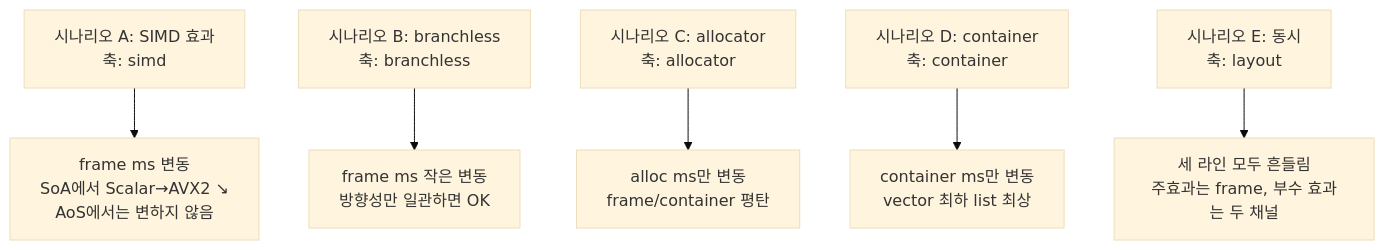
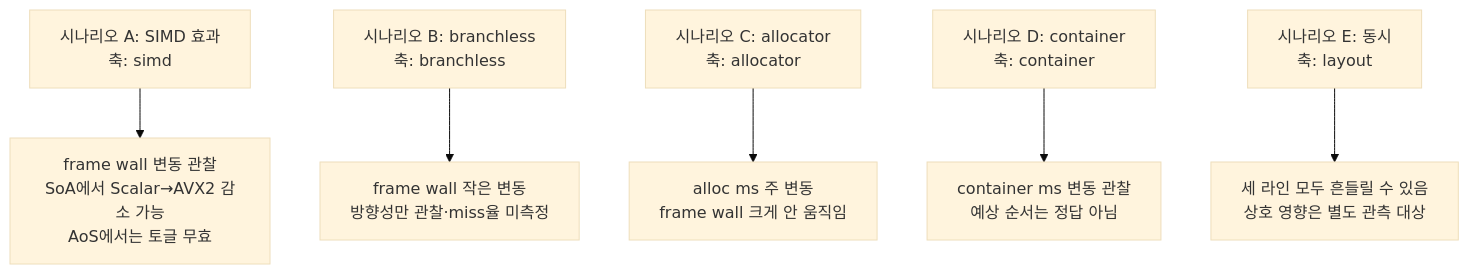
Before and after one commit to Rein-ArXiv/game-dev-curriculum: the second of 4 diagrams in projects/mini/parts_perf_lab/articles/step08_visualization.md, drawn with Mermaid (base theme). The commit also changed other lines of this file and 279 other files, not shown here.

````diff
--- a/projects/mini/parts_perf_lab/articles/step08_visualization.md
+++ b/projects/mini/parts_perf_lab/articles/step08_visualization.md
@@ -428,8 +471,8 @@
 ```mermaid
 flowchart TD
-    A[시나리오 A: SIMD 효과<br/>축: simd] --> R1[frame ms 변동<br/>SoA에서 Scalar→AVX2 ↘<br/>AoS에서는 변하지 않음]
-    B[시나리오 B: branchless<br/>축: branchless] --> R2[frame ms 작은 변동<br/>방향성만 일관하면 OK]
-    C[시나리오 C: allocator<br/>축: allocator] --> R3[alloc ms만 변동<br/>frame/container 평탄]
-    D[시나리오 D: container<br/>축: container] --> R4[container ms만 변동<br/>vector 최하 list 최상]
-    E[시나리오 E: 동시<br/>축: layout] --> R5[세 라인 모두 흔들림<br/>주효과는 frame, 부수 효과는 두 채널]
+    A[시나리오 A: SIMD 효과<br/>축: simd] --> R1[frame wall 변동 관찰<br/>SoA에서 Scalar→AVX2 감소 가능<br/>AoS에서는 토글 무효]
+    B[시나리오 B: branchless<br/>축: branchless] --> R2[frame wall 작은 변동<br/>방향성만 관찰·miss율 미측정]
+    C[시나리오 C: allocator<br/>축: allocator] --> R3[alloc ms 주 변동<br/>frame wall 크게 안 움직임]
+    D[시나리오 D: container<br/>축: container] --> R4[container ms 변동 관찰<br/>예상 순서는 정답 아님]
+    E[시나리오 E: 동시<br/>축: layout] --> R5[세 라인 모두 흔들릴 수 있음<br/>상호 영향은 별도 관측 대상]
 ```
````
